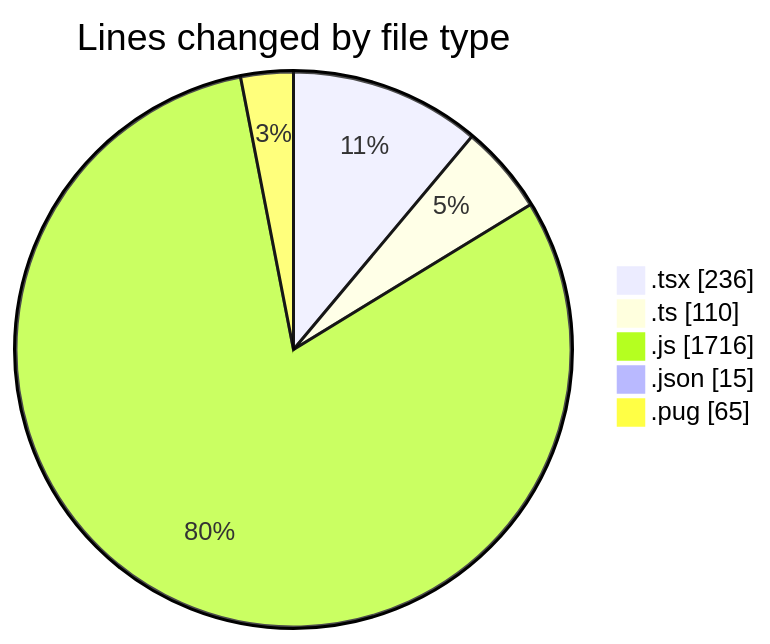
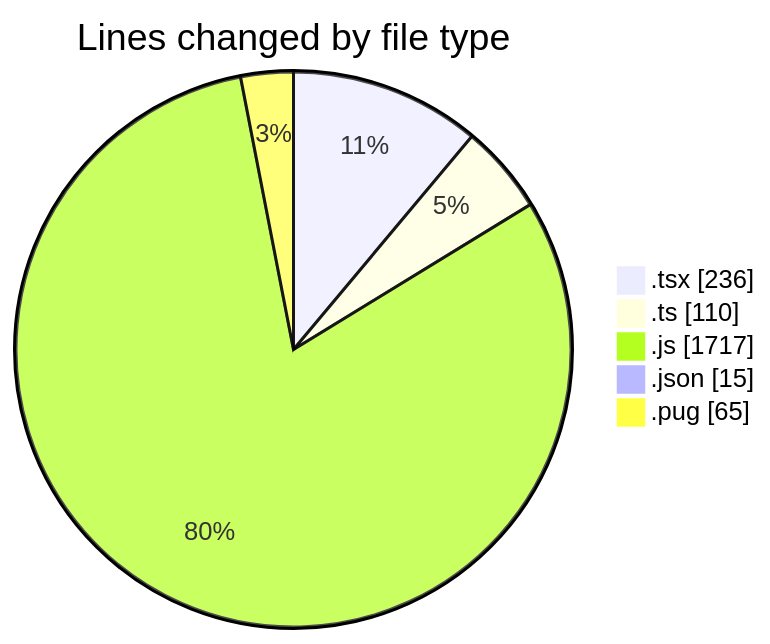
The first of 2 diagrams in 2025-03-24/cda/README.md (momahboobian/code-tracking), drawn with Mermaid before and after one commit. The commit also changed other lines of this file and 1 other file, not shown here.

````diff
--- a/2025-03-24/cda/README.md
+++ b/2025-03-24/cda/README.md
@@ -30,9 +30,9 @@
 ```mermaid
 pie showData
 title Lines changed by file type
 ".tsx" : 236
 ".ts" : 110
-".js" : 1716
+".js" : 1717
 ".json" : 15
 ".pug" : 65
 ```
````
